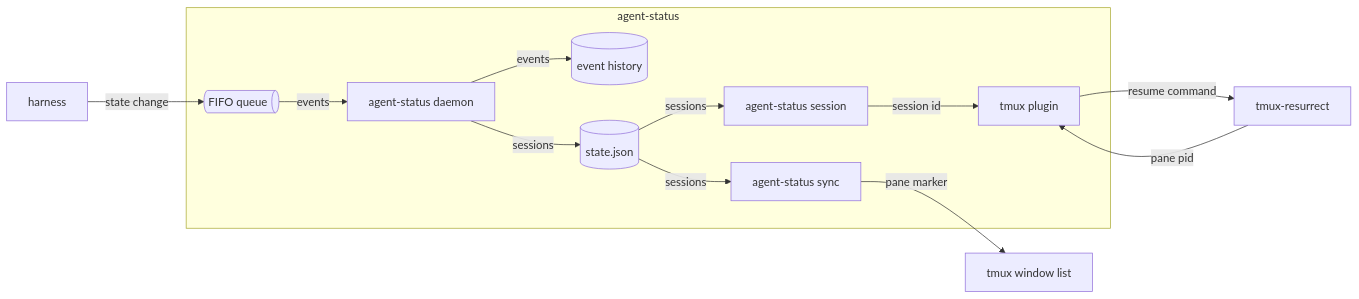
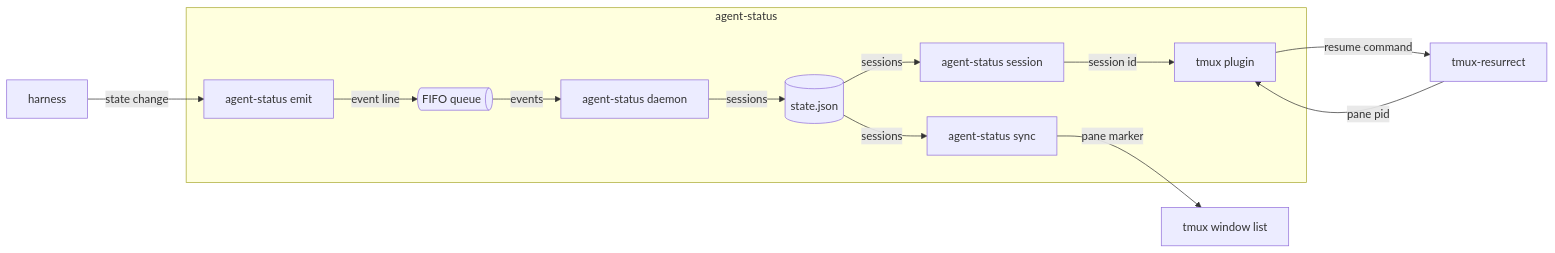
The first of 2 diagrams in docs/systems/agent-status/agent-status-spec.md (jvrsantacruz/agent-status), drawn with Mermaid before and after one commit. The commit also changed other lines of this file, not shown here.

Commit message:
docs: spec condensed under the limit; emit drawn, session and render named as commands

````diff
--- a/docs/systems/agent-status/agent-status-spec.md
+++ b/docs/systems/agent-status/agent-status-spec.md
@@ -15,15 +16,15 @@
 ```mermaid
 flowchart LR
-  agent[harness] -- state change --> fifo
+  agent[harness] -- state change --> emit
   subgraph agent-status
-    fifo@{ shape: h-cyl, label: "FIFO queue" } -- events --> daemon[agent-status daemon]
-    daemon -- events --> db[(event history)]
+    emit[agent-status emit] -- event line --> fifo@{ shape: h-cyl, label: "FIFO queue" }
+    fifo -- events --> daemon[agent-status daemon]
     daemon -- sessions --> state[(state.json)]
     state -- sessions --> sync[agent-status sync]
     state -- sessions --> session[agent-status session]
     session -- session id --> plugin[tmux plugin]
   end
   sync -- pane marker --> tmux[tmux window list]
   resurrect[tmux-resurrect] -- pane pid --> plugin
   plugin -- resume command --> resurrect
 ```
````
